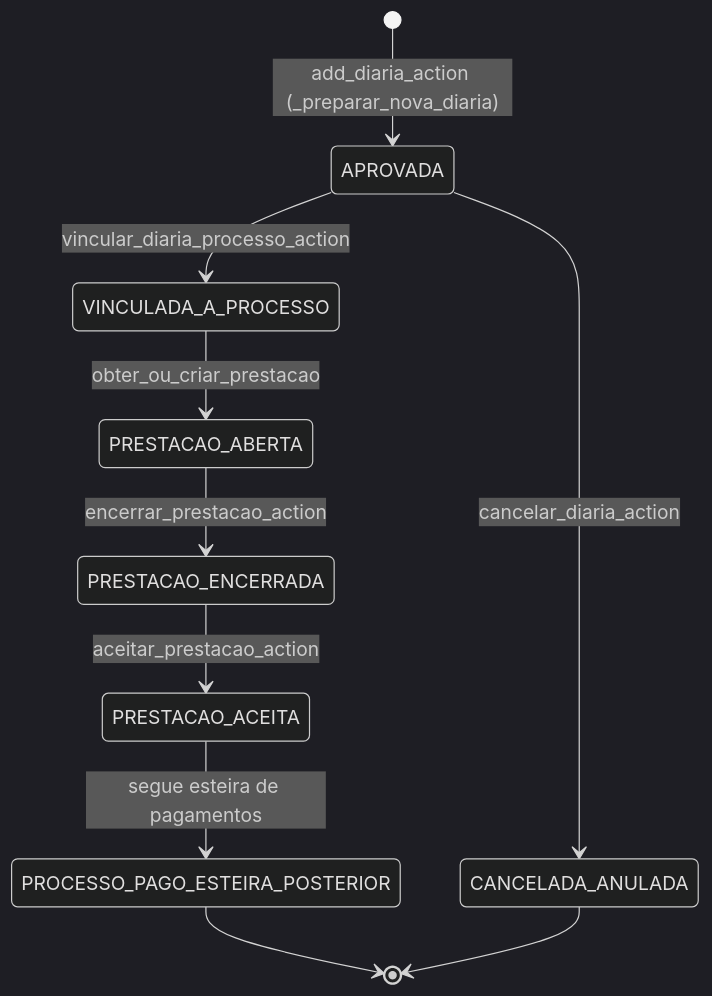
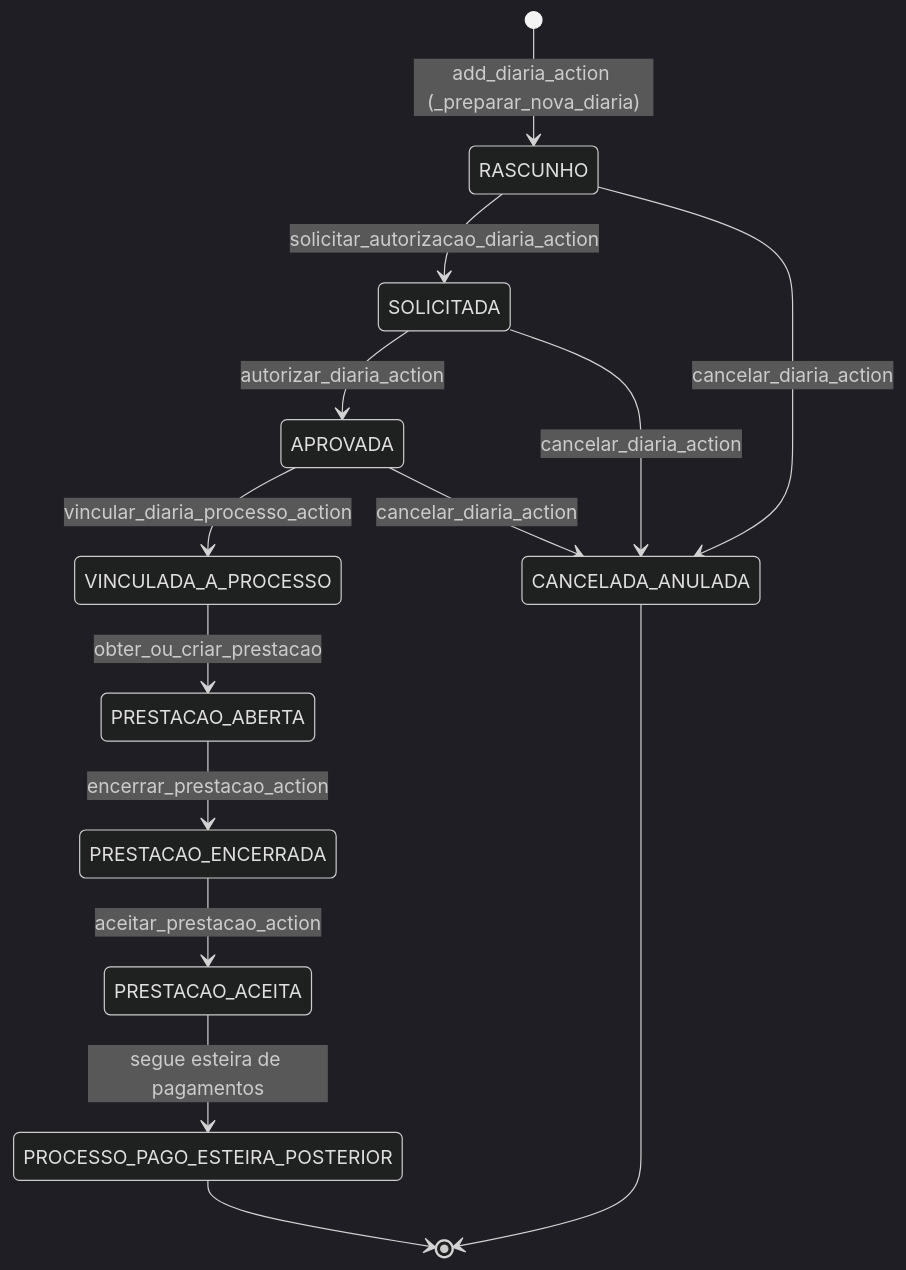
One commit to BS15/DjangoProject changed the diagram in docs/fluxos/diarias.md. Above: the diagram before and after it, drawn with Mermaid (dark theme). The commit also changed other lines of this file and 1 other file, not shown here.

````diff
--- a/docs/fluxos/diarias.md
+++ b/docs/fluxos/diarias.md
@@ -9,12 +9,16 @@
 ```mermaid
 stateDiagram-v2
-    [*] --> APROVADA : add_diaria_action (_preparar_nova_diaria)
+    [*] --> RASCUNHO : add_diaria_action (_preparar_nova_diaria)
+    RASCUNHO --> SOLICITADA : solicitar_autorizacao_diaria_action
+    SOLICITADA --> APROVADA : autorizar_diaria_action
     APROVADA --> VINCULADA_A_PROCESSO : vincular_diaria_processo_action
+    RASCUNHO --> CANCELADA_ANULADA : cancelar_diaria_action
+    SOLICITADA --> CANCELADA_ANULADA : cancelar_diaria_action
     APROVADA --> CANCELADA_ANULADA : cancelar_diaria_action
     VINCULADA_A_PROCESSO --> PRESTACAO_ABERTA : obter_ou_criar_prestacao
     PRESTACAO_ABERTA --> PRESTACAO_ENCERRADA : encerrar_prestacao_action
     PRESTACAO_ENCERRADA --> PRESTACAO_ACEITA : aceitar_prestacao_action
     PRESTACAO_ACEITA --> PROCESSO_PAGO_ESTEIRA_POSTERIOR : segue esteira de pagamentos
     PROCESSO_PAGO_ESTEIRA_POSTERIOR --> [*]
     CANCELADA_ANULADA --> [*]
 ```
````
